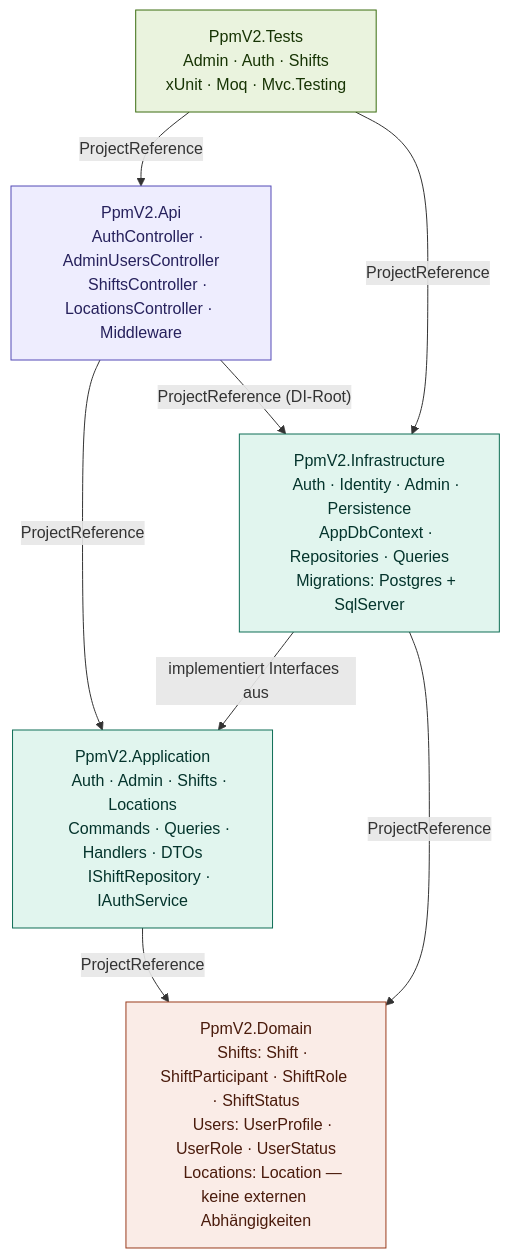
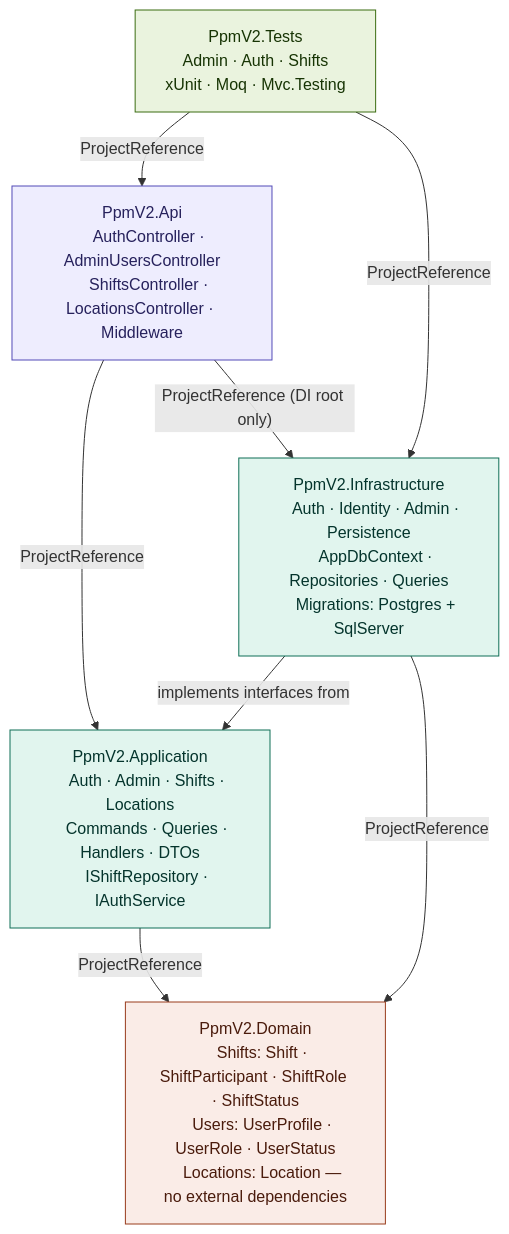
The second of 3 diagrams in src/docs/architecture.md (djzh23/PpmV2), drawn with Mermaid before and after one commit. The commit also changed other lines of this file, not shown here.

Commit message:
docs: simplify README, diagrams moved to architecture.md

````diff
--- a/src/docs/architecture.md
+++ b/src/docs/architecture.md
@@ -93,39 +93,39 @@
 ```mermaid
 graph TD
     API["PpmV2.Api
     AuthController · AdminUsersController
     ShiftsController · LocationsController · Middleware"]
 
     APP["PpmV2.Application
     Auth · Admin · Shifts · Locations
     Commands · Queries · Handlers · DTOs
     IShiftRepository · IAuthService"]
 
     INFRA["PpmV2.Infrastructure
     Auth · Identity · Admin · Persistence
     AppDbContext · Repositories · Queries
     Migrations: Postgres + SqlServer"]
 
     DOMAIN["PpmV2.Domain
     Shifts: Shift · ShiftParticipant · ShiftRole · ShiftStatus
     Users: UserProfile · UserRole · UserStatus
-    Locations: Location — keine externen Abhängigkeiten"]
+    Locations: Location — no external dependencies"]
 
     TESTS["PpmV2.Tests
     Admin · Auth · Shifts
     xUnit · Moq · Mvc.Testing"]
 
     API   -->|"ProjectReference"| APP
-    API   -->|"ProjectReference (DI-Root)"| INFRA
+    API   -->|"ProjectReference (DI root only)"| INFRA
     APP   -->|"ProjectReference"| DOMAIN
-    INFRA -->|"implementiert Interfaces aus"| APP
+    INFRA -->|"implements interfaces from"| APP
     INFRA -->|"ProjectReference"| DOMAIN
     TESTS -->|"ProjectReference"| API
     TESTS -->|"ProjectReference"| INFRA
 
     style API    fill:#EEEDFE,stroke:#534AB7,color:#26215C
     style APP    fill:#E1F5EE,stroke:#0F6E56,color:#04342C
     style INFRA  fill:#E1F5EE,stroke:#0F6E56,color:#04342C
     style DOMAIN fill:#FAECE7,stroke:#993C1D,color:#4A1B0C
     style TESTS  fill:#EAF3DE,stroke:#3B6D11,color:#173404
 ```
````
